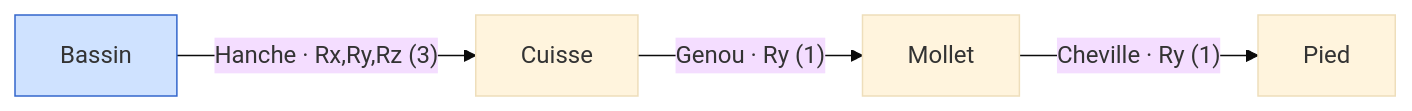
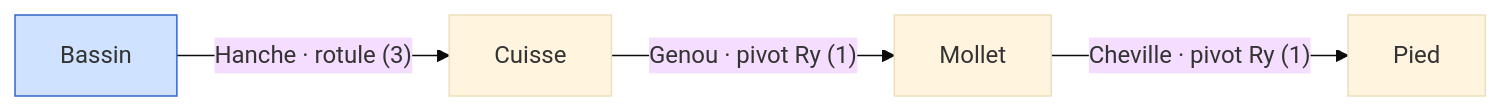
Before and after one commit to ProjectInitNiko/PRBE-Homme-Robot: the second of 3 diagrams in docs/cinematique.md, drawn with Mermaid (base theme). The commit also changed other lines of this file, not shown here.

````diff
--- a/docs/cinematique.md
+++ b/docs/cinematique.md
@@ -198,7 +226,7 @@
 ```mermaid
 flowchart LR
-    B["Bassin"]:::root -->|"Hanche · Rx,Ry,Rz (3)"| C["Cuisse"]
-    C -->|"Genou · Ry (1)"| M["Mollet"]
-    M -->|"Cheville · Ry (1)"| P["Pied"]
+    B["Bassin"]:::root -->|"Hanche · rotule (3)"| C["Cuisse"]
+    C -->|"Genou · pivot Ry (1)"| M["Mollet"]
+    M -->|"Cheville · pivot Ry (1)"| P["Pied"]
     classDef root fill:#cfe2ff,stroke:#3366cc;
 ```
````
